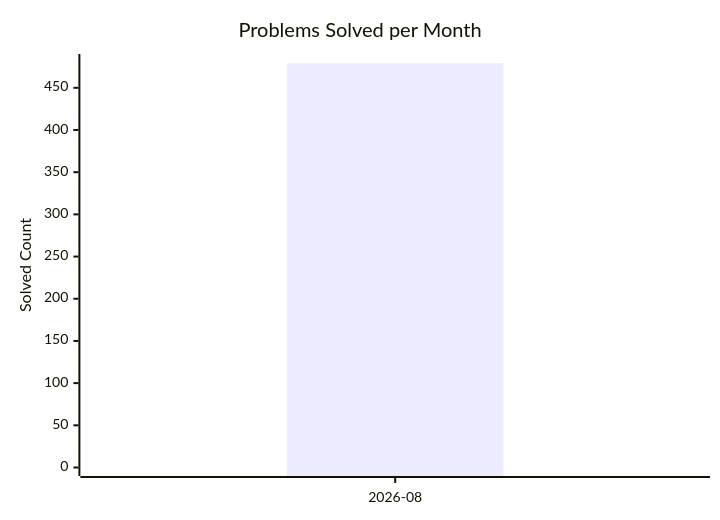
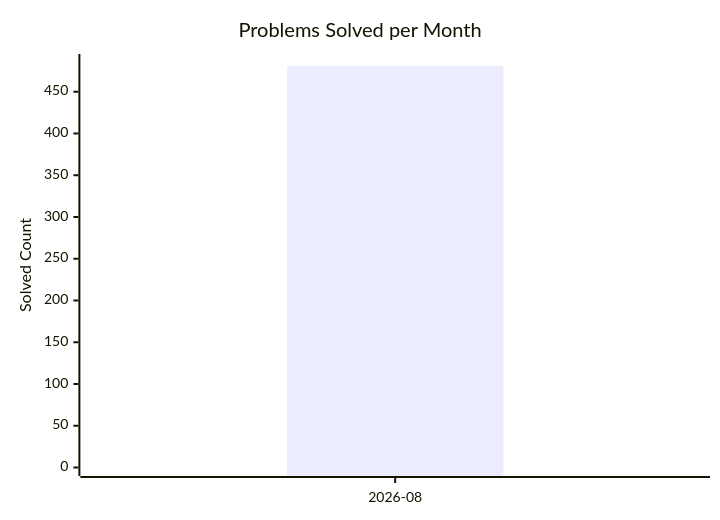
The diagram in dashboard.md (AdityaPandey-DEV/CP-Progress-Sync), drawn with Mermaid before and after one commit. The commit also changed other lines of this file, not shown here.

Commit message:
Auto-update CP dashboard [skip ci]

````diff
--- a/dashboard.md
+++ b/dashboard.md
@@ -8,8 +8,8 @@
 ```mermaid
 xychart-beta
     title "Problems Solved per Month"
     x-axis ["2026-08"]
-    y-axis "Solved Count" 0 --> 480
-    bar [479]
-    line [479]
+    y-axis "Solved Count" 0 --> 485
+    bar [481]
+    line [481]
 ```
````
